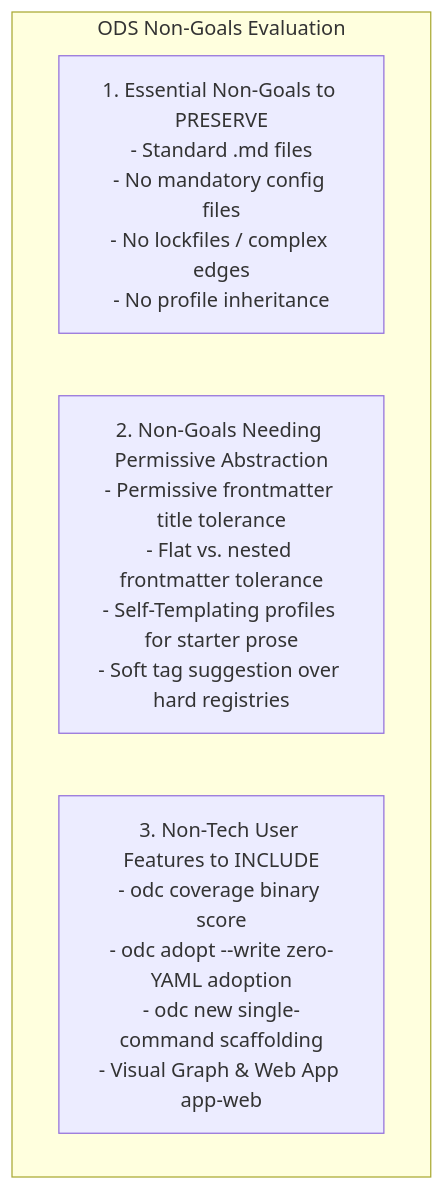
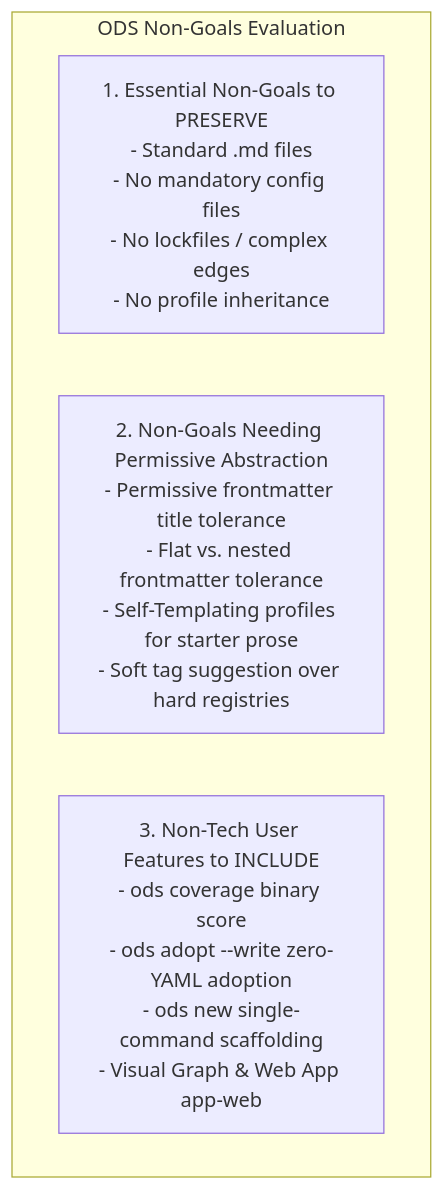
The diagram in docs/plan/non_tech_user_ods_spec_report.md (StaytunedLLP/open-document-spec), drawn with Mermaid before and after one commit. The commit also changed other lines of this file and 163 other files, not shown here.

````diff
--- a/docs/plan/non_tech_user_ods_spec_report.md
+++ b/docs/plan/non_tech_user_ods_spec_report.md
@@ -19,8 +19,8 @@
 ```mermaid
 flowchart TD
     subgraph ODS Non-Goals Evaluation
         Preserve[1. Essential Non-Goals to PRESERVE\n- Standard .md files\n- No mandatory config files\n- No lockfiles / complex edges\n- No profile inheritance]
         Abstract[2. Non-Goals Needing Permissive Abstraction\n- Permissive frontmatter title tolerance\n- Flat vs. nested frontmatter tolerance\n- Self-Templating profiles for starter prose\n- Soft tag suggestion over hard registries]
-        Enhance[3. Non-Tech User Features to INCLUDE\n- odc coverage binary score\n- odc adopt --write zero-YAML adoption\n- odc new single-command scaffolding\n- Visual Graph & Web App app-web]
+        Enhance[3. Non-Tech User Features to INCLUDE\n- ods coverage binary score\n- ods adopt --write zero-YAML adoption\n- ods new single-command scaffolding\n- Visual Graph & Web App app-web]
     end
 ```
````
